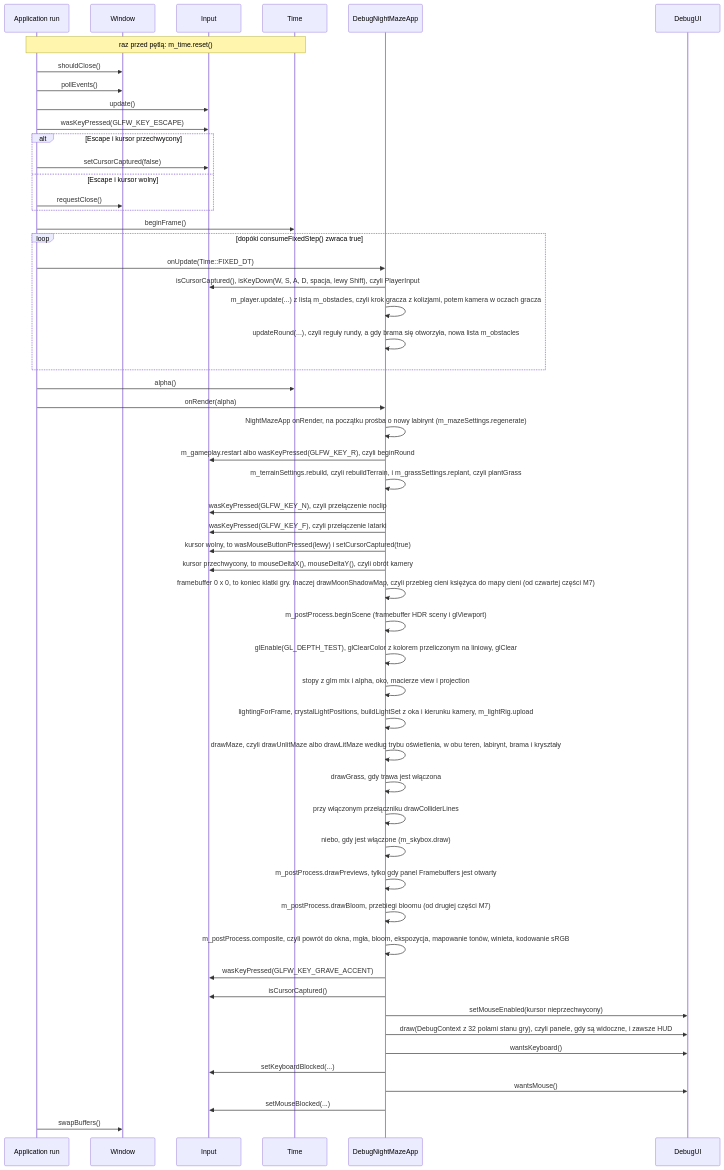
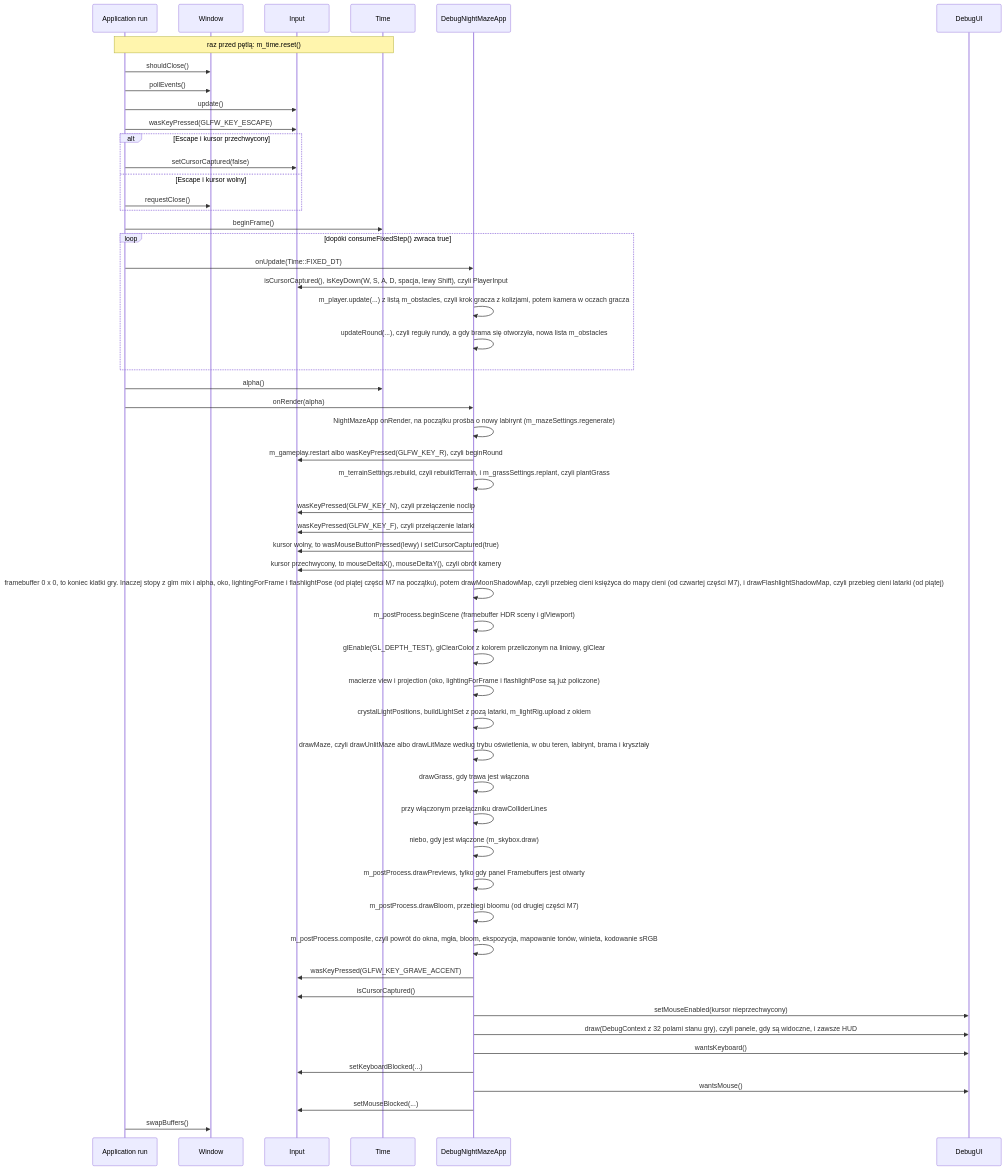
One commit to Shironex/night-maze changed the second of 3 diagrams in docs/modules/core/README.md. Above: the diagram before and after it, drawn with Mermaid. The commit also changed other lines of this file and 68 other files, not shown here.

Commit message:
feat(game): cast flashlight shadows from the hand with a perspective shadow map

````diff
--- a/docs/modules/core/README.md
+++ b/docs/modules/core/README.md
@@ -83,56 +83,56 @@
 ```mermaid
 sequenceDiagram
     participant Run as Application run
     participant Win as Window
     participant In as Input
     participant T as Time
     participant App as DebugNightMazeApp
     participant UI as DebugUI
     Note over Run,T: raz przed pętlą: m_time.reset()
     Run->>Win: shouldClose()
     Run->>Win: pollEvents()
     Run->>In: update()
     Run->>In: wasKeyPressed(GLFW_KEY_ESCAPE)
     alt Escape i kursor przechwycony
         Run->>In: setCursorCaptured(false)
     else Escape i kursor wolny
         Run->>Win: requestClose()
     end
     Run->>T: beginFrame()
     loop dopóki consumeFixedStep() zwraca true
         Run->>App: onUpdate(Time::FIXED_DT)
         App->>In: isCursorCaptured(), isKeyDown(W, S, A, D, spacja, lewy Shift), czyli PlayerInput
         App->>App: m_player.update(...) z listą m_obstacles, czyli krok gracza z kolizjami, potem kamera w oczach gracza
         App->>App: updateRound(...), czyli reguły rundy, a gdy brama się otworzyła, nowa lista m_obstacles
     end
     Run->>T: alpha()
     Run->>App: onRender(alpha)
     App->>App: NightMazeApp onRender, na początku prośba o nowy labirynt (m_mazeSettings.regenerate)
     App->>In: m_gameplay.restart albo wasKeyPressed(GLFW_KEY_R), czyli beginRound
     App->>App: m_terrainSettings.rebuild, czyli rebuildTerrain, i m_grassSettings.replant, czyli plantGrass
     App->>In: wasKeyPressed(GLFW_KEY_N), czyli przełączenie noclip
     App->>In: wasKeyPressed(GLFW_KEY_F), czyli przełączenie latarki
     App->>In: kursor wolny, to wasMouseButtonPressed(lewy) i setCursorCaptured(true)
     App->>In: kursor przechwycony, to mouseDeltaX(), mouseDeltaY(), czyli obrót kamery
-    App->>App: framebuffer 0 x 0, to koniec klatki gry. Inaczej drawMoonShadowMap, czyli przebieg cieni księżyca do mapy cieni (od czwartej części M7)
+    App->>App: framebuffer 0 x 0, to koniec klatki gry. Inaczej stopy z glm mix i alpha, oko, lightingForFrame i flashlightPose (od piątej części M7 na początku), potem drawMoonShadowMap, czyli przebieg cieni księżyca do mapy cieni (od czwartej części M7), i drawFlashlightShadowMap, czyli przebieg cieni latarki (od piątej)
     App->>App: m_postProcess.beginScene (framebuffer HDR sceny i glViewport)
     App->>App: glEnable(GL_DEPTH_TEST), glClearColor z kolorem przeliczonym na liniowy, glClear
-    App->>App: stopy z glm mix i alpha, oko, macierze view i projection
-    App->>App: lightingForFrame, crystalLightPositions, buildLightSet z oka i kierunku kamery, m_lightRig.upload
+    App->>App: macierze view i projection (oko, lightingForFrame i flashlightPose są już policzone)
+    App->>App: crystalLightPositions, buildLightSet z pozą latarki, m_lightRig.upload z okiem
     App->>App: drawMaze, czyli drawUnlitMaze albo drawLitMaze według trybu oświetlenia, w obu teren, labirynt, brama i kryształy
     App->>App: drawGrass, gdy trawa jest włączona
     App->>App: przy włączonym przełączniku drawColliderLines
     App->>App: niebo, gdy jest włączone (m_skybox.draw)
     App->>App: m_postProcess.drawPreviews, tylko gdy panel Framebuffers jest otwarty
     App->>App: m_postProcess.drawBloom, przebiegi bloomu (od drugiej części M7)
     App->>App: m_postProcess.composite, czyli powrót do okna, mgła, bloom, ekspozycja, mapowanie tonów, winieta, kodowanie sRGB
     App->>In: wasKeyPressed(GLFW_KEY_GRAVE_ACCENT)
     App->>In: isCursorCaptured()
     App->>UI: setMouseEnabled(kursor nieprzechwycony)
     App->>UI: draw(DebugContext z 32 polami stanu gry), czyli panele, gdy są widoczne, i zawsze HUD
     App->>UI: wantsKeyboard()
     App->>In: setKeyboardBlocked(...)
     App->>UI: wantsMouse()
     App->>In: setMouseBlocked(...)
     Run->>Win: swapBuffers()
 ```
````
